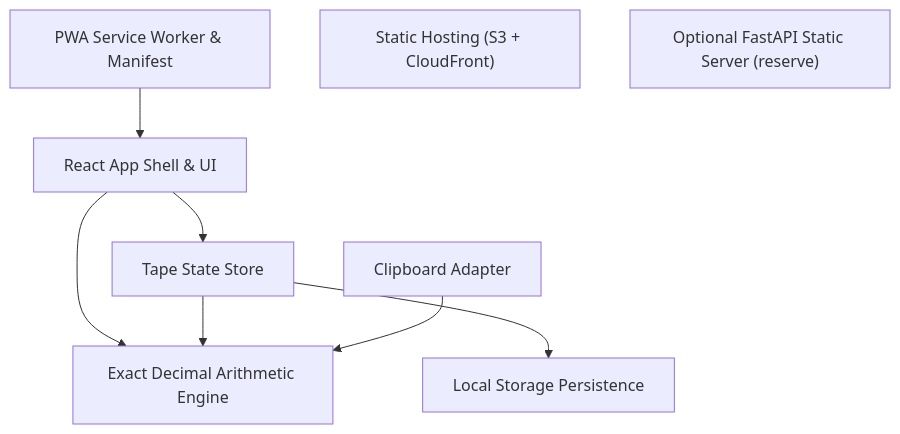
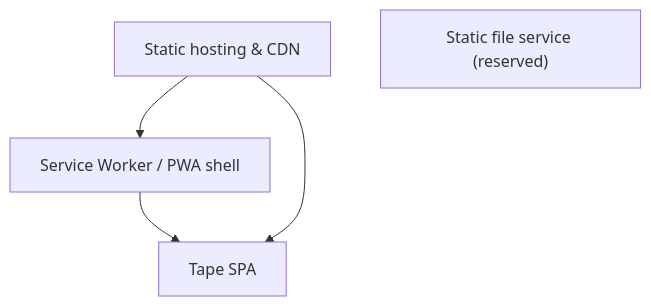
One commit to satya1802/simple-addition changed the first of 5 diagrams in docs/sdlc/architecture/README.md. Above: the diagram before and after it, drawn with Mermaid. The commit also changed other lines of this file and 11 other files, not shown here.

````diff
--- a/docs/sdlc/architecture/README.md
+++ b/docs/sdlc/architecture/README.md
@@ -101,17 +146,10 @@
 ```mermaid
 graph TD
-  c_ui_shell["React App Shell & UI"]
-  c_tape_store["Tape State Store"]
-  c_decimal_engine["Exact Decimal Arithmetic Engine"]
-  c_persistence["Local Storage Persistence"]
-  c_pwa_sw["PWA Service Worker & Manifest"]
-  c_clipboard["Clipboard Adapter"]
-  c_static_hosting["Static Hosting (S3 + CloudFront)"]
-  c_fastapi_optional["Optional FastAPI Static Server (reserve)"]
-  c_ui_shell --> c_tape_store
-  c_ui_shell --> c_decimal_engine
-  c_tape_store --> c_decimal_engine
-  c_tape_store --> c_persistence
-  c_pwa_sw --> c_ui_shell
-  c_clipboard --> c_decimal_engine
+  c_spa["Tape SPA"]
+  c_pwa_sw["Service Worker / PWA shell"]
+  c_static_host["Static hosting & CDN"]
+  c_api["Static file service (reserved)"]
+  c_pwa_sw --> c_spa
+  c_static_host --> c_spa
+  c_static_host --> c_pwa_sw
 ```
````
